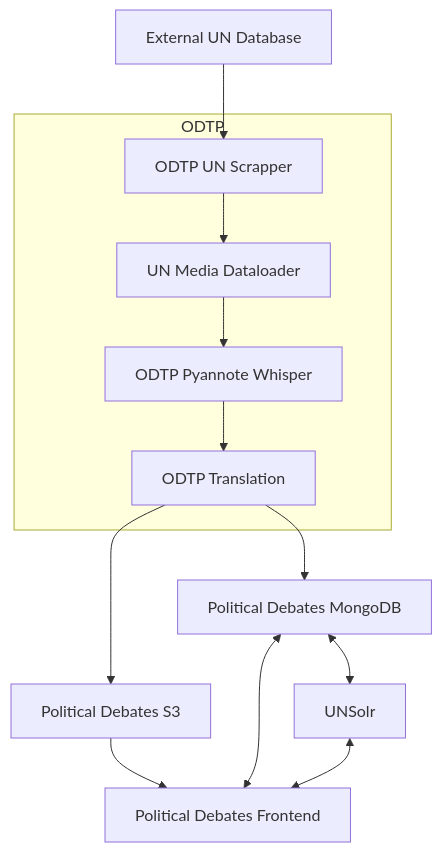
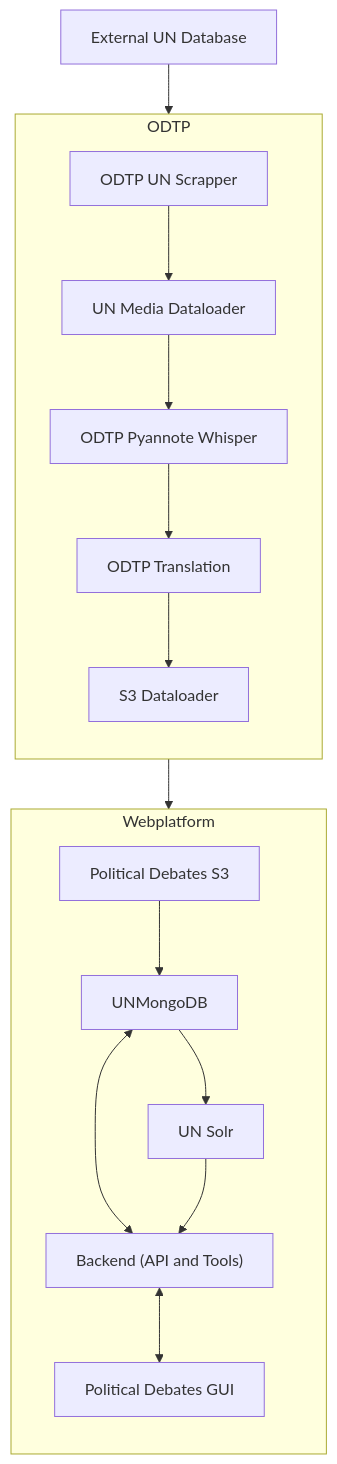
Before and after one commit to sdsc-ordes/dt-political-debates: the diagram in README.md, drawn with Mermaid.

````diff
--- a/README.md
+++ b/README.md
@@ -4,19 +4,25 @@
 ``` mermaid
-graph TD
+graph TB
     ExternalUNDatabase[External UN Database] --> UNScrapper[ODTP UN Scrapper]
 
     subgraph ODTP
+    direction TB
         UNScrapper --> UNMediaDataloader[UN Media Dataloader]
 
         UNMediaDataloader --> ODTPPyannoteWhisper[ODTP Pyannote Whisper]
         ODTPPyannoteWhisper --> ODTPTranslation[ODTP Translation]
 
+        ODTPTranslation --> S3Dataloader[S3 Dataloader]
     end
-    ODTPTranslation --> UNS3[Political Debates S3]
-    ODTPTranslation --> UNMongoDB[Political Debates MongoDB]
+    S3Dataloader --> UNS3[Political Debates S3]
 
-    UNS3 --> Frontend[Political Debates Frontend]
-    UNMongoDB <--> Frontend[Political Debates Frontend]
-    UNMongoDB <--> UNSolr
-    UNSolr <--> Frontend
+    subgraph Webplatform
+    direction TB
+        UNS3 --> UNMongoDB
+
+        UNMongoDB <--> Backend["Backend (API and Tools)"]
+        UNMongoDB --> UNSolr[UN Solr]
+        UNSolr --> Backend["Backend (API and Tools)"]
+        Backend <--> Frontend[Political Debates GUI]
+    end
 ```
````
